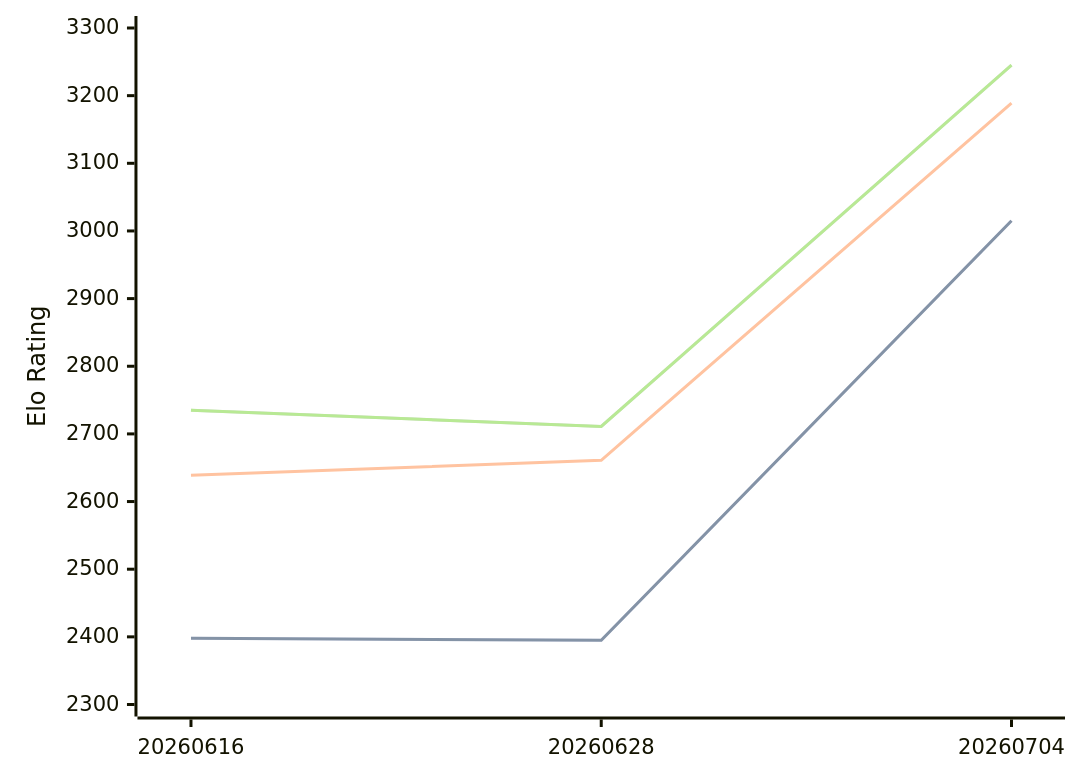
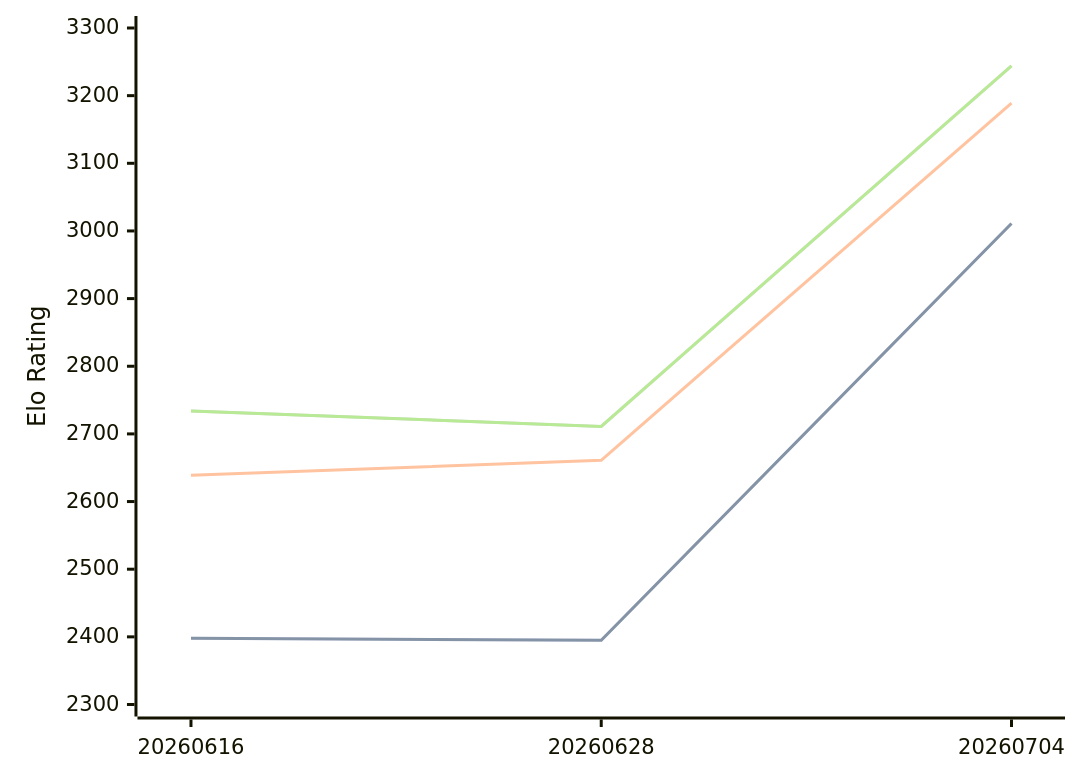
One commit to computer-chess-index/cci changed the diagram in engines/Askaig.md. Above: the diagram before and after it, drawn with Mermaid. The commit also changed other lines of this file, not shown here.

Commit message:
Update CCI Ratings (ELO VLTC) - 2026-07-29

````diff
--- a/engines/Askaig.md
+++ b/engines/Askaig.md
@@ -35,11 +35,11 @@
 ```mermaid
 %%{init: {"theme":"base","themeVariables":{"seriesColors:['#a3a3a3','#222221','#faa371']}}}%%
 xychart-beta
   x-axis ["20260616", "20260628", "20260704"]
   y-axis "Elo Rating" 2300 --> 3300
-  line "STC (8.0+0.08s)" [2398, 2395, 3015]
-  line "STC (8.0+0.08s)" [2398, 2395, 3015]
+  line "STC (8.0+0.08s)" [2398, 2395, 3011]
+  line "STC (8.0+0.08s)" [2398, 2395, 3011]
   line "LTC (60.0+0.60s)" [2639, 2661, 3189]
-  line "VLTC (2m24s+1.12s)" [2735, 2711, 3245]
-  line "VLTC (2m24s+1.12s)" [2735, 2711, 3245]
+  line "VLTC (2m24s+1.12s)" [2734, 2711, 3244]
+  line "VLTC (2m24s+1.12s)" [2734, 2711, 3244]
 ```
````
